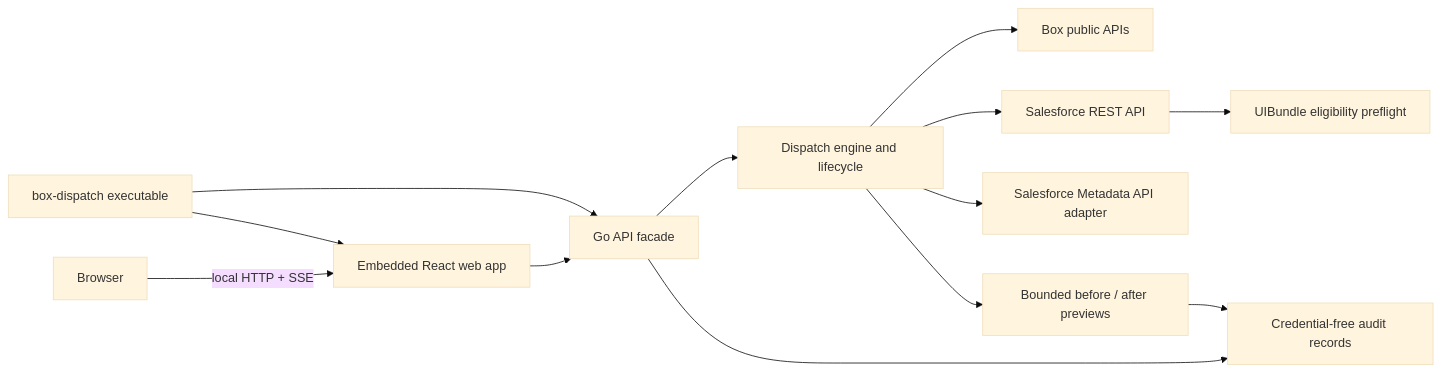
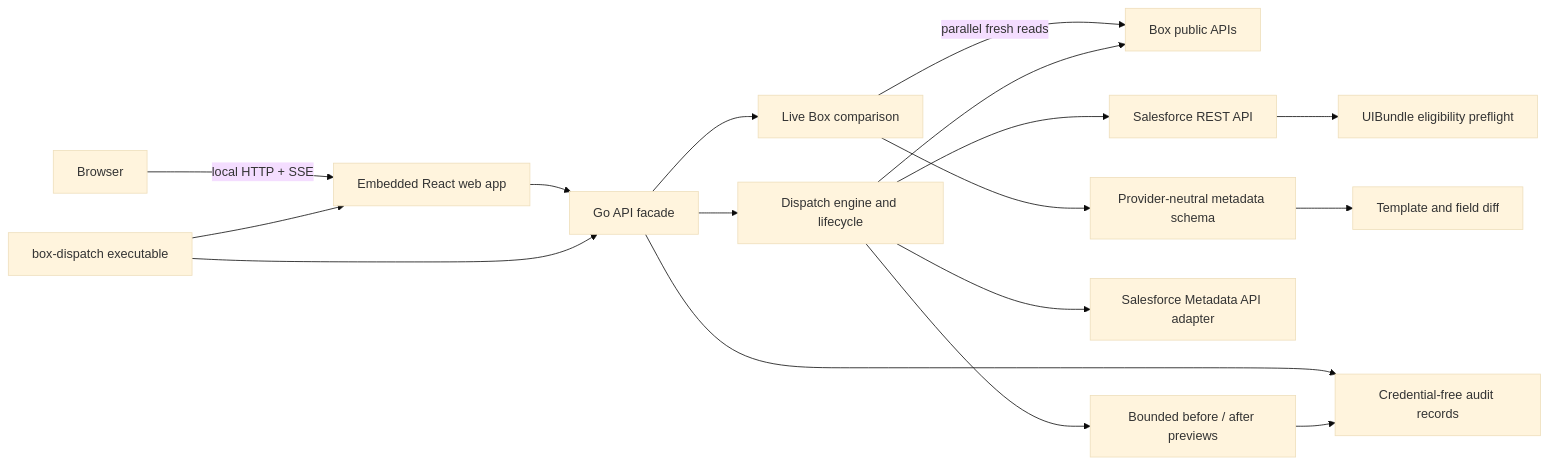
The first of 2 diagrams in docs/WEB_APP_ARCHITECTURE.md (unofficialbox/box-dispatch), drawn with Mermaid (base theme) before and after one commit. The commit also changed other lines of this file and 28 other files, not shown here.

Commit message:
Add live Box environment comparison (#48)

````diff
--- a/docs/WEB_APP_ARCHITECTURE.md
+++ b/docs/WEB_APP_ARCHITECTURE.md
@@ -10,15 +10,19 @@
 ```mermaid
 flowchart LR
     Executable["box-dispatch executable"] --> UI["Embedded React web app"]
     Executable --> API["Go API facade"]
     Browser["Browser"] -->|"local HTTP + SSE"| UI
     UI --> API
     API --> Engine["Dispatch engine and lifecycle"]
+    API --> LiveCompare["Live Box comparison"]
     Engine --> Box["Box public APIs"]
+    LiveCompare -->|"parallel fresh reads"| Box
+    LiveCompare --> Normalize["Provider-neutral metadata schema"]
+    Normalize --> SemanticDiff["Template and field diff"]
     Engine --> SalesforceREST["Salesforce REST API"]
     SalesforceREST --> SalesforceEligibility["UIBundle eligibility preflight"]
     Engine --> SalesforceMetadata["Salesforce Metadata API adapter"]
     Engine --> ChangeSnapshot["Bounded before / after previews"]
     ChangeSnapshot --> Audit["Credential-free audit records"]
     API --> Audit
 ```
````
